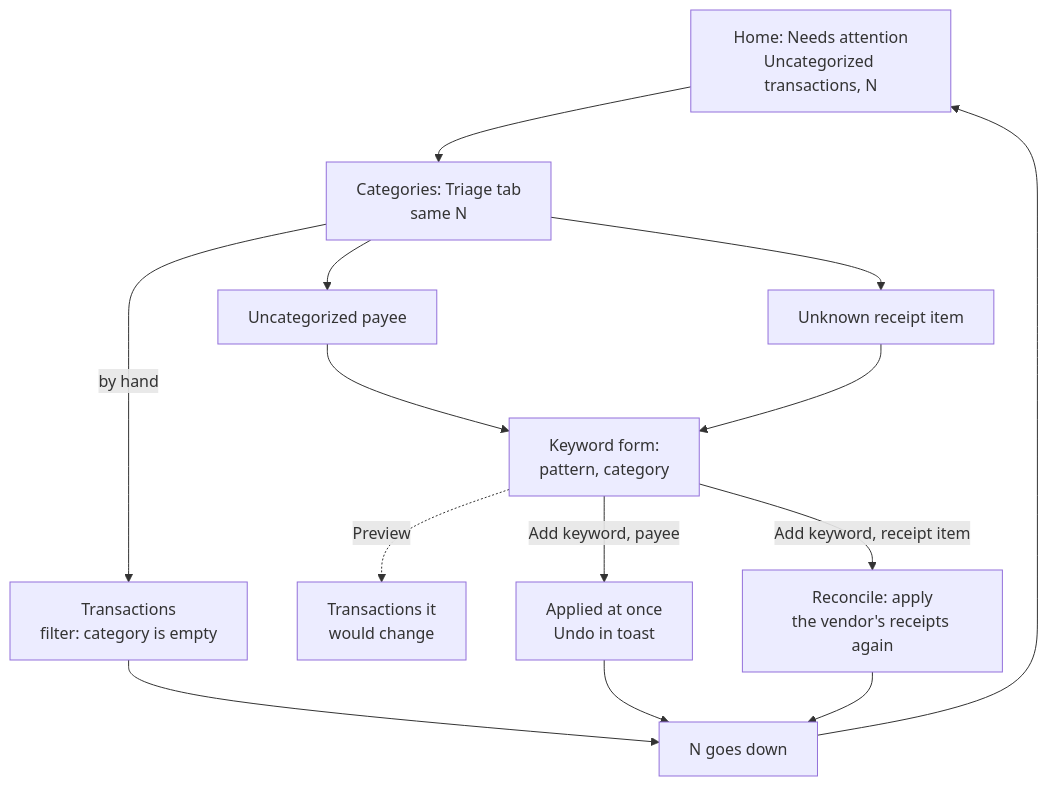
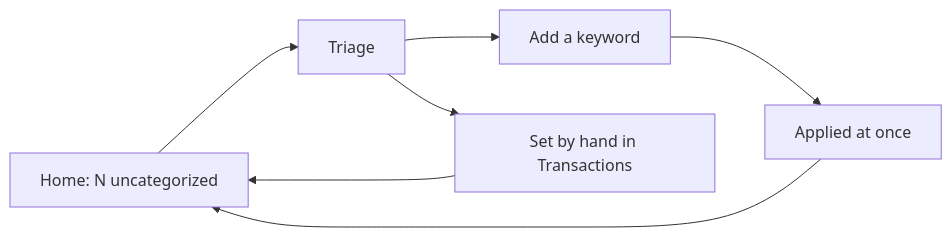
Before and after one commit to spinningyoyo/omsync: the third of 3 diagrams in docs/architecture/categories.md, drawn with Mermaid. The commit also changed other lines of this file and 140 other files, not shown here.

````diff
--- a/docs/architecture/categories.md
+++ b/docs/architecture/categories.md
@@ -149,16 +44,8 @@
 ```mermaid
-flowchart TD
-    Home[Home: Needs attention<br/>Uncategorized transactions, N] --> Triage[Categories: Triage tab<br/>same N]
-    Triage -->|by hand| Register[Transactions<br/>filter: category is empty]
-    Triage --> Payee[Uncategorized payee]
-    Triage --> Item[Unknown receipt item]
-    Payee --> Form[Keyword form:<br/>pattern, category]
-    Item --> Form
-    Form -.->|Preview| Preview[Transactions it<br/>would change]
-    Form -->|Add keyword, payee| Apply[Applied at once<br/>Undo in toast]
-    Form -->|Add keyword, receipt item| Receipts[Reconcile: apply<br/>the vendor's receipts again]
-    Register --> Fewer[N goes down]
-    Apply --> Fewer
-    Receipts --> Fewer
-    Fewer --> Home
+flowchart LR
+    Home[Home: N uncategorized] --> Triage
+    Triage --> Keyword[Add a keyword] --> Applied[Applied at once]
+    Triage --> Hand[Set by hand in Transactions]
+    Applied --> Home
+    Hand --> Home
 ```
````
